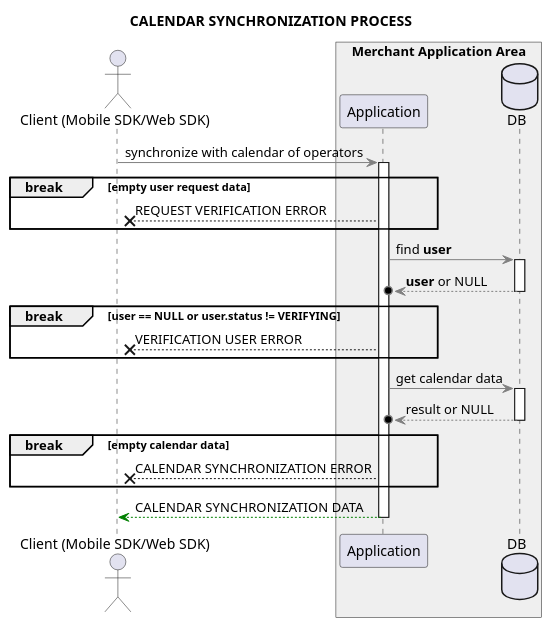
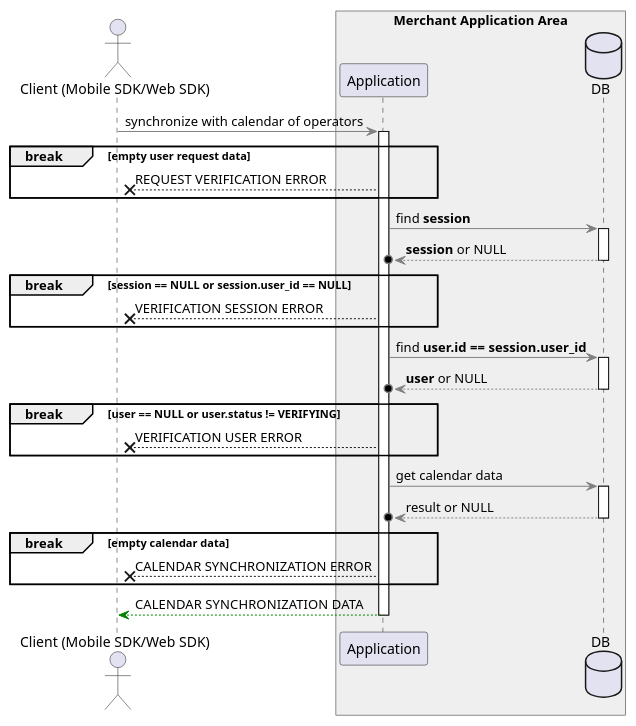
Before and after one commit to DjFact/kyc-docs: the diagram in docs/modules/how-it-works/pages/calendar.adoc, drawn with PlantUML. The commit also changed other lines of this file and 10 other files, not shown here.

```diff
--- a/docs/modules/how-it-works/pages/calendar.adoc
+++ b/docs/modules/how-it-works/pages/calendar.adoc
@@ -3,34 +14,39 @@
 [plantuml,format=svg,role=sequence]
 ----
 @startuml
-    title CALENDAR SYNCHRONIZATION PROCESS
-
     actor "Client (Mobile SDK/Web SDK)" as Client
     box "Merchant Application Area" #efefef
         participant "Application" as Server
         database "DB" as DB
     end box
 
     Client -[#gray]> Server : synchronize with calendar of operators
     activate Server
         break empty user request data
             Server --x Client : REQUEST VERIFICATION ERROR
         end
-        Server -[#gray]> DB : find <b>user</b>
+        Server -[#gray]> DB : find <b>session</b>
+        activate DB
+            DB -[#gray]->o Server : <b>session</b> or NULL
+        deactivate DB
+        break session == NULL or session.user_id == NULL
+            Server --x Client : VERIFICATION SESSION ERROR
+        end
+        Server -[#gray]> DB : find <b>user.id == session.user_id</b>
         activate DB
             DB -[#gray]->o Server : <b>user</b> or NULL
         deactivate DB
         break user == NULL or user.status != VERIFYING
             Server --x Client : VERIFICATION USER ERROR
         end
         Server -[#gray]> DB : get calendar data
         activate DB
             DB -[#gray]->o Server : result or NULL
         deactivate DB
         break empty calendar data
             Server --x Client : CALENDAR SYNCHRONIZATION ERROR
         end
         Server -[#green]-> Client : CALENDAR SYNCHRONIZATION DATA
     deactivate Server
 @enduml
 ----
```
